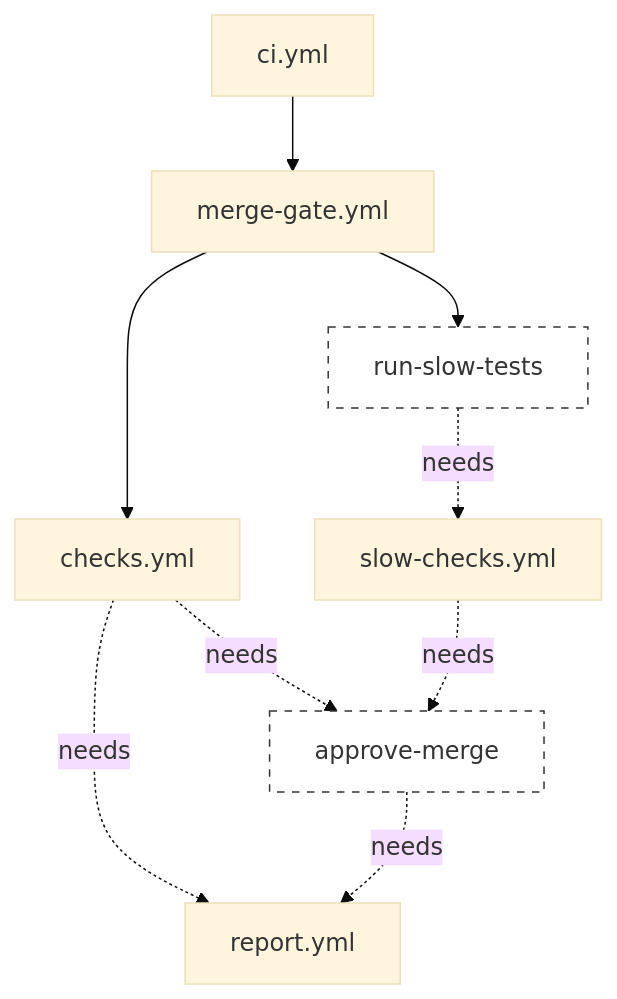
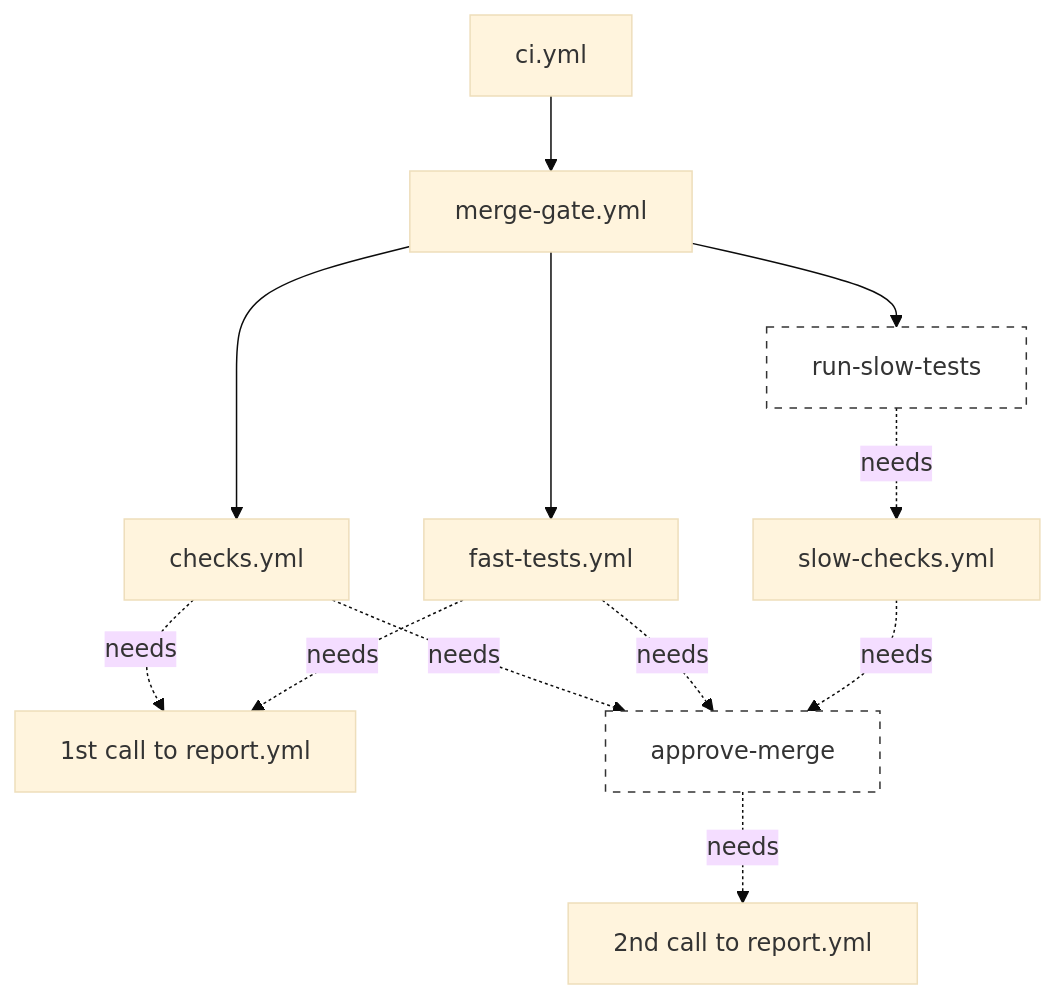
One commit to exasol/python-toolbox changed the first of 3 diagrams in doc/user_guide/features/github_workflows/index.rst. Above: the diagram before and after it, drawn with Mermaid (base theme). The commit also changed other lines of this file, not shown here.

Commit message:
Add fast-tests to page

```diff
--- a/doc/user_guide/features/github_workflows/index.rst
+++ b/doc/user_guide/features/github_workflows/index.rst
@@ -160,27 +163,33 @@
 .. mermaid::
 
     graph TD
         %% Define Nodes
+        checks[checks.yml]
         ci_job[ci.yml]
+        fast-report[1st call to report.yml]
+        fast-tests[fast-tests.yml]
         gate[merge-gate.yml]
-        checks[checks.yml]
         slow_run[run-slow-tests]
         slow_checks[slow-checks.yml]
-        report[report.yml]
+        report[2nd call to report.yml]
+
         approver[approve-merge]
 
         %% Workflow Triggers
         ci_job --> gate
         gate --> checks
+        gate --> fast-tests
         gate --> slow_run
         slow_run -.->|needs| slow_checks
 
         %% Dependencies
-        checks -.->|needs| report
         checks -.->|needs| approver
+        checks -.->|needs| fast-report
+        fast-tests -.->|needs| fast-report
+        fast-tests -.->|needs| approver
         slow_checks -.->|needs| approver
         approver -.->|needs| report
 
         %% Styling
         style approver fill:#fff,stroke:#333,stroke-dasharray: 5 5
         style slow_run fill:#fff,stroke:#333,stroke-dasharray: 5 5
```
